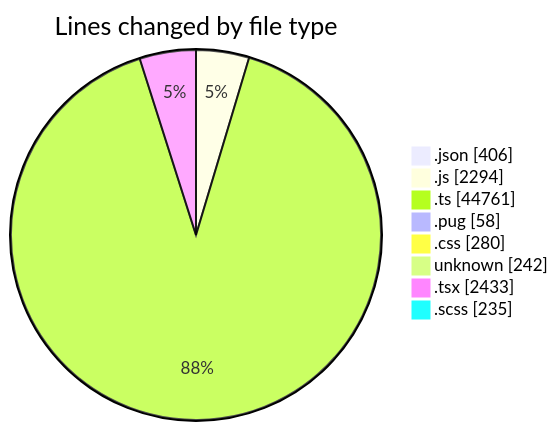
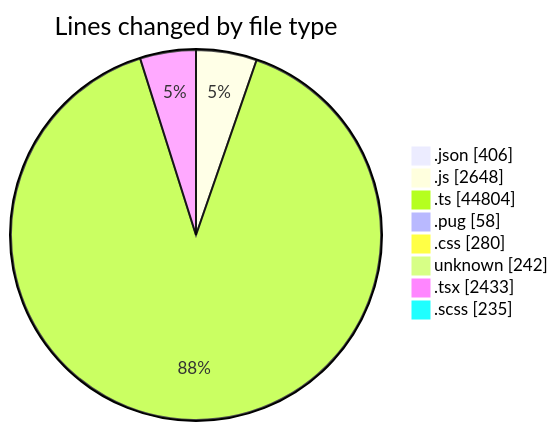
Before and after one commit to momahboobian/code-tracking: the first of 2 diagrams in 2026-06-02/cda/README.md, drawn with Mermaid. The commit also changed other lines of this file and 1 other file, not shown here.

````diff
--- a/2026-06-02/cda/README.md
+++ b/2026-06-02/cda/README.md
@@ -69,12 +69,12 @@
 ```mermaid
 pie showData
 title Lines changed by file type
 ".json" : 406
-".js" : 2294
-".ts" : 44761
+".js" : 2648
+".ts" : 44804
 ".pug" : 58
 ".css" : 280
 "unknown" : 242
 ".tsx" : 2433
 ".scss" : 235
 ```
````
